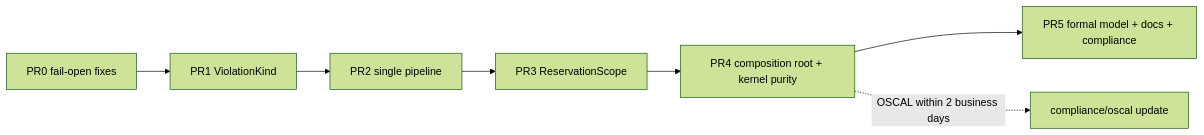
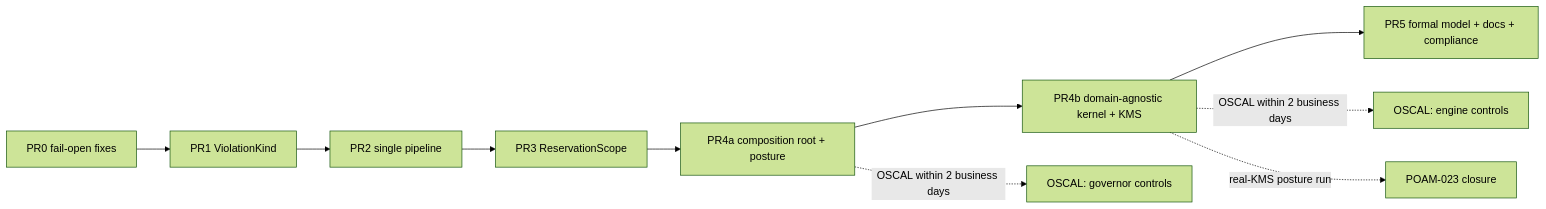
The diagram in plans/governor_refactor_plan_pr4_5.md (google/cybernetic-agent-governance-engine), drawn with Mermaid (forest theme) before and after one commit. The commit also changed other lines of this file and 2 other files, not shown here.

First line of the commit message:
docs(governance): add kernel purity plan and interface tiering rule

````diff
--- a/plans/governor_refactor_plan_pr4_5.md
+++ b/plans/governor_refactor_plan_pr4_5.md
@@ -193,9 +582,12 @@
 ```mermaid
 flowchart LR
   PR0["PR0 fail-open fixes"] --> PR1["PR1 ViolationKind"]
   PR1 --> PR2["PR2 single pipeline"]
   PR2 --> PR3["PR3 ReservationScope"]
-  PR3 --> PR4["PR4 composition root + kernel purity"]
-  PR4 --> PR5["PR5 formal model + docs + compliance"]
-  PR4 -. "OSCAL within 2 business days" .-> OSCAL["compliance/oscal update"]
+  PR3 --> PR4a["PR4a composition root + posture"]
+  PR4a --> PR4b["PR4b domain-agnostic kernel + KMS"]
+  PR4b --> PR5["PR5 formal model + docs + compliance"]
+  PR4a -. "OSCAL within 2 business days" .-> OSCAL1["OSCAL: governor controls"]
+  PR4b -. "OSCAL within 2 business days" .-> OSCAL2["OSCAL: engine controls"]
+  PR4b -. "real-KMS posture run" .-> POAM023["POAM-023 closure"]
 ```
````
